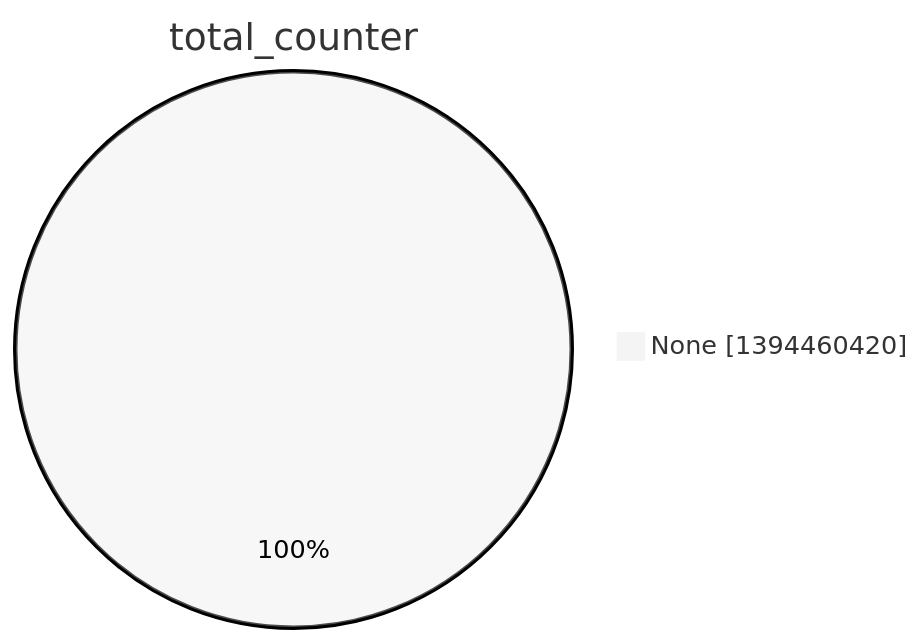
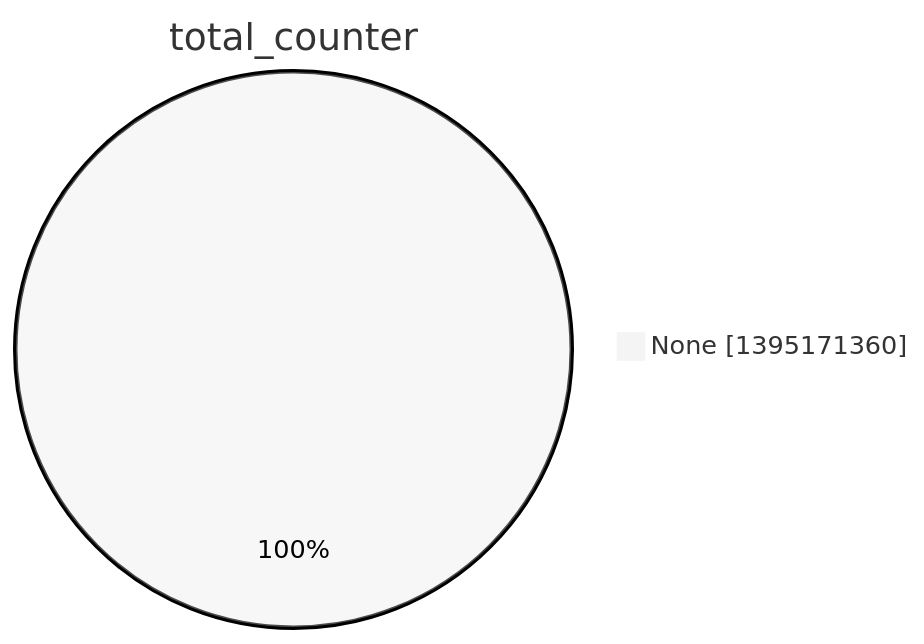
One commit to christiankrug/ctmonitor_visualization changed the second of 15 diagrams in argon2022/README.md. Above: the diagram before and after it, drawn with Mermaid (neutral theme). The commit also changed other lines of this file, not shown here.

````diff
--- a/argon2022/README.md
+++ b/argon2022/README.md
@@ -9,5 +9,5 @@
 ```mermaid
 pie showData
 title total_counter
-"None" :1394460420
+"None" :1395171360
 ```
````
